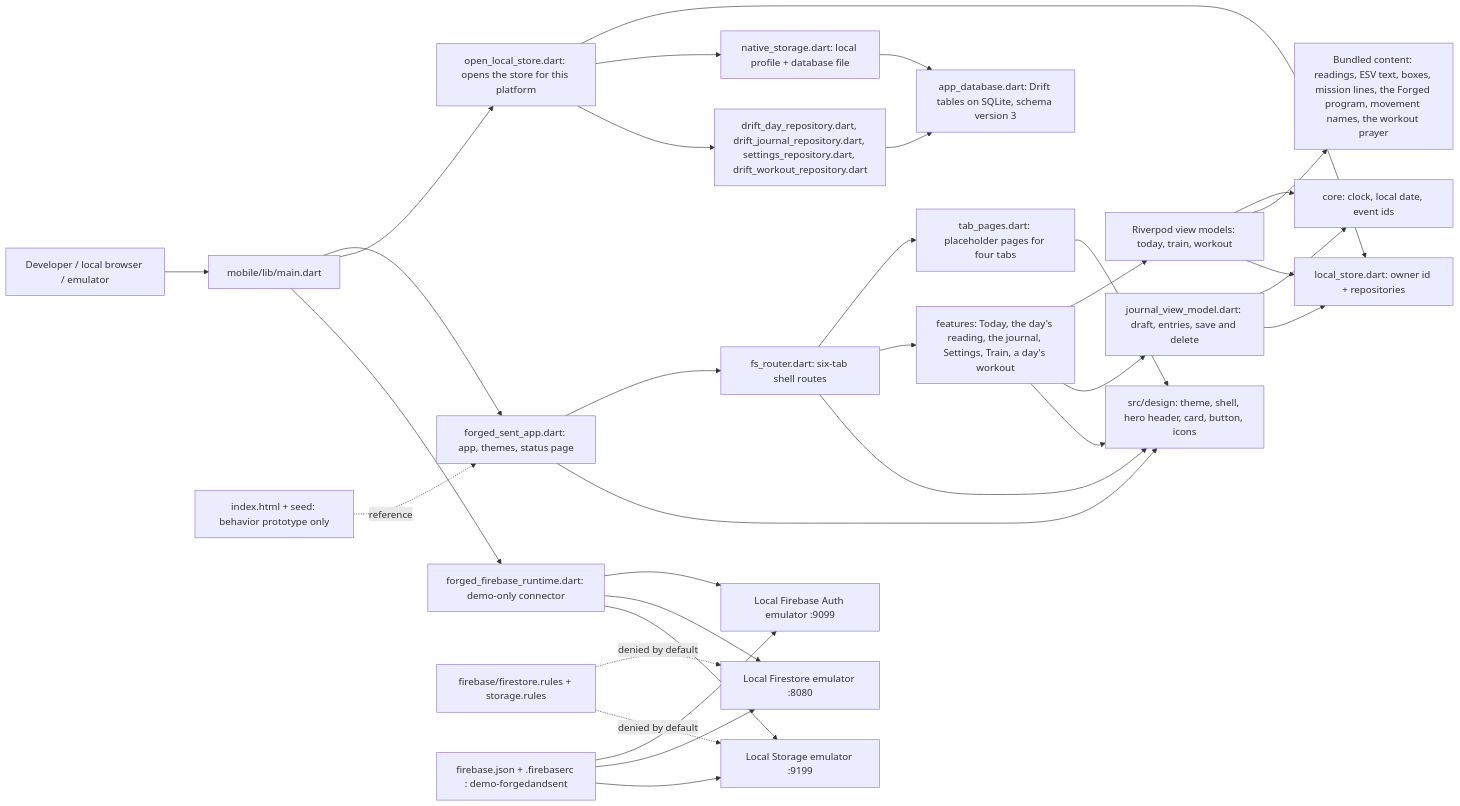
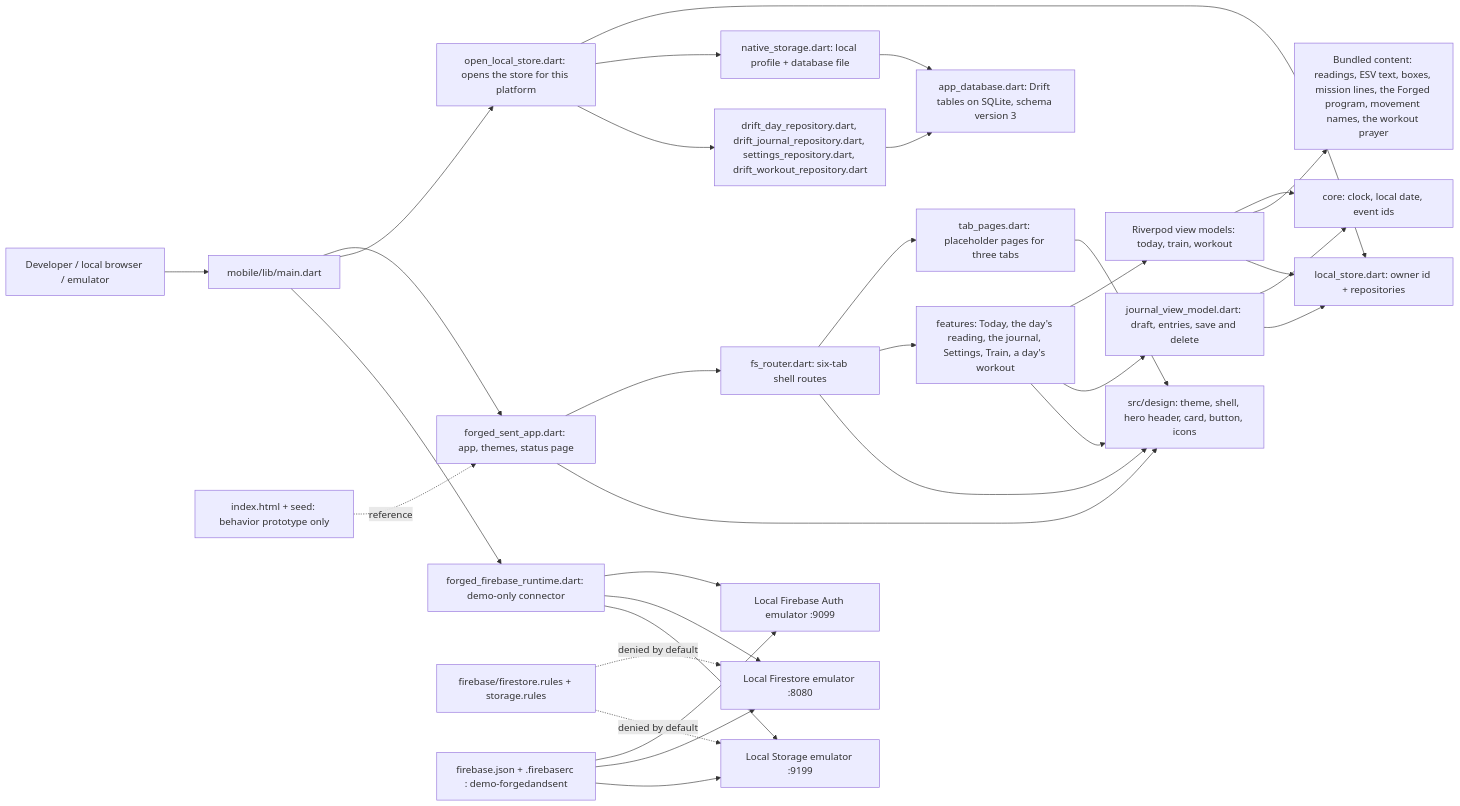
The first of 3 diagrams in docs/architecture/SYSTEM.md (Forged-Sent/ForgedAndSentFitness), drawn with Mermaid before and after one commit. The commit also changed 13 other files, not shown here.

````diff
--- a/docs/architecture/SYSTEM.md
+++ b/docs/architecture/SYSTEM.md
@@ -7,35 +7,35 @@
 ```mermaid
 flowchart LR
     Person[Developer / local browser / emulator] --> Entry[mobile/lib/main.dart]
     Entry --> UI[forged_sent_app.dart: app, themes, status page]
     UI --> Router[fs_router.dart: six-tab shell routes]
-    Router --> Pages[tab_pages.dart: placeholder pages for four tabs]
+    Router --> Pages[tab_pages.dart: placeholder pages for three tabs]
     Router --> Screens[features: Today, the day's reading, the journal, Settings, Train, a day's workout]
     Screens --> VM[Riverpod view models: today, train, workout]
     Screens --> JVM[journal_view_model.dart: draft, entries, save and delete]
     JVM --> Core
     JVM --> LocalStore
     Screens --> Design
     VM --> Core[core: clock, local date, event ids]
     VM --> Content[Bundled content: readings, ESV text, boxes, mission lines, the Forged program, movement names, the workout prayer]
     VM --> LocalStore[local_store.dart: owner id + repositories]
     Entry --> Open[open_local_store.dart: opens the store for this platform]
     Open --> LocalStore
     Open --> Native[native_storage.dart: local profile + database file]
     Open --> Repos[drift_day_repository.dart, drift_journal_repository.dart, settings_repository.dart, drift_workout_repository.dart]
     Repos --> Sqlite[app_database.dart: Drift tables on SQLite, schema version 3]
     Native --> Sqlite
     UI --> Design[src/design: theme, shell, hero header, card, button, icons]
     Router --> Design
     Pages --> Design
     Entry --> Runtime[forged_firebase_runtime.dart: demo-only connector]
     Runtime --> Auth[Local Firebase Auth emulator :9099]
     Runtime --> DB[Local Firestore emulator :8080]
     Runtime --> Store[Local Storage emulator :9199]
     Rules[firebase/firestore.rules + storage.rules] -. denied by default .-> DB
     Rules -. denied by default .-> Store
     Demo[firebase.json + .firebaserc : demo-forgedandsent] --> Auth
     Demo --> DB
     Demo --> Store
     Legacy[index.html + seed: behavior prototype only] -. reference .-> UI
 ```
````
